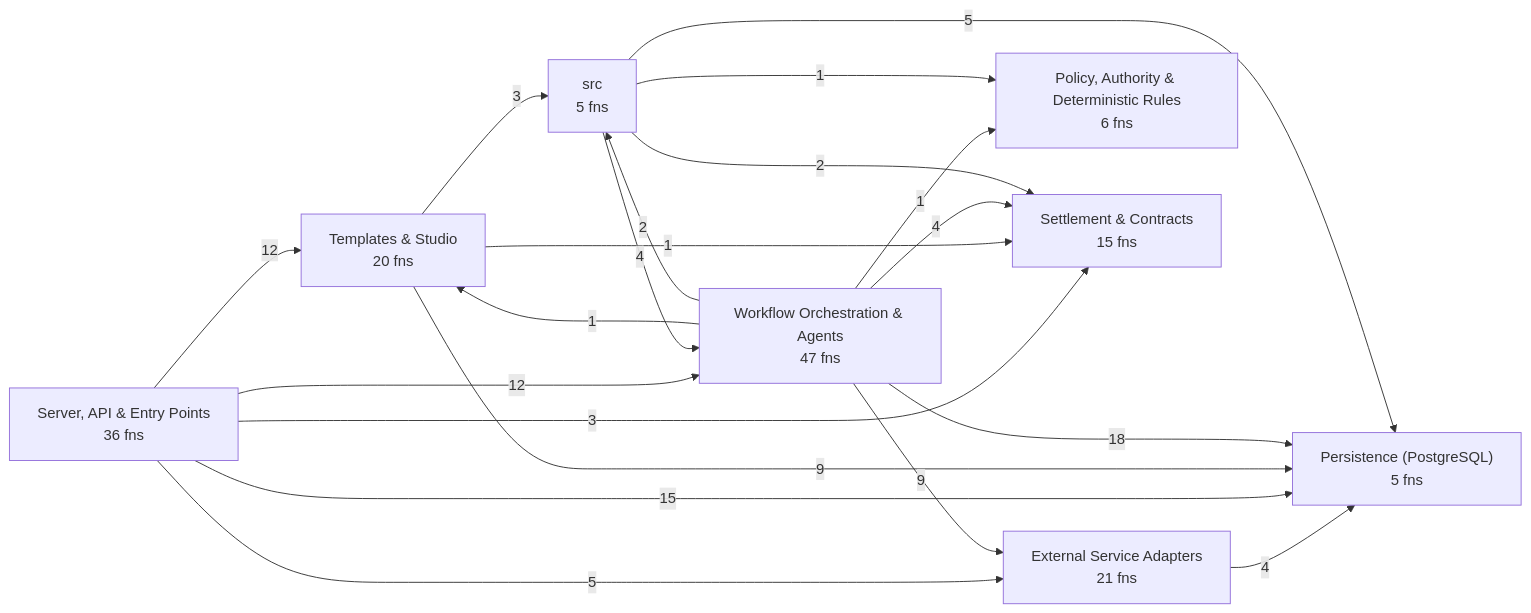
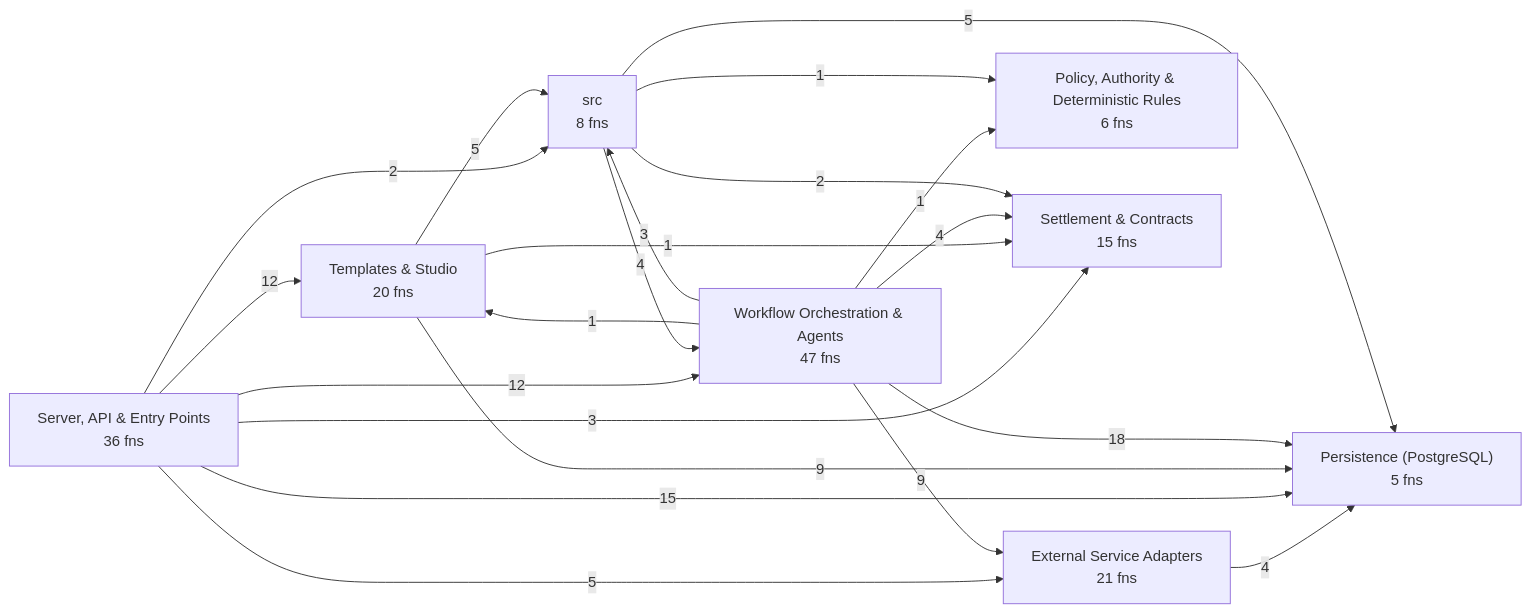
Before and after one commit to Jaydearcadian/bind: the first of 8 diagrams in docs/CODEBASE_MAP.md, drawn with Mermaid. The commit also changed other lines of this file and 12 other files, not shown here.

````diff
--- a/docs/CODEBASE_MAP.md
+++ b/docs/CODEBASE_MAP.md
@@ -12,30 +12,31 @@
 ```mermaid
 flowchart LR
   L0["External Service Adapters<br/>21 fns"]
   L1["Persistence (PostgreSQL)<br/>5 fns"]
   L2["Policy, Authority & Deterministic Rules<br/>6 fns"]
   L3["Server, API & Entry Points<br/>36 fns"]
   L4["Settlement & Contracts<br/>15 fns"]
   L5["Templates & Studio<br/>20 fns"]
   L6["Workflow Orchestration & Agents<br/>47 fns"]
-  L7["src<br/>5 fns"]
+  L7["src<br/>8 fns"]
   L0 -->|4| L1
   L3 -->|5| L0
   L3 -->|15| L1
   L3 -->|3| L4
   L3 -->|12| L5
   L3 -->|12| L6
+  L3 -->|2| L7
   L5 -->|9| L1
   L5 -->|1| L4
-  L5 -->|3| L7
+  L5 -->|5| L7
   L6 -->|9| L0
   L6 -->|18| L1
   L6 -->|1| L2
   L6 -->|4| L4
   L6 -->|1| L5
-  L6 -->|2| L7
+  L6 -->|3| L7
   L7 -->|5| L1
   L7 -->|1| L2
   L7 -->|2| L4
   L7 -->|4| L6
 ```
````
